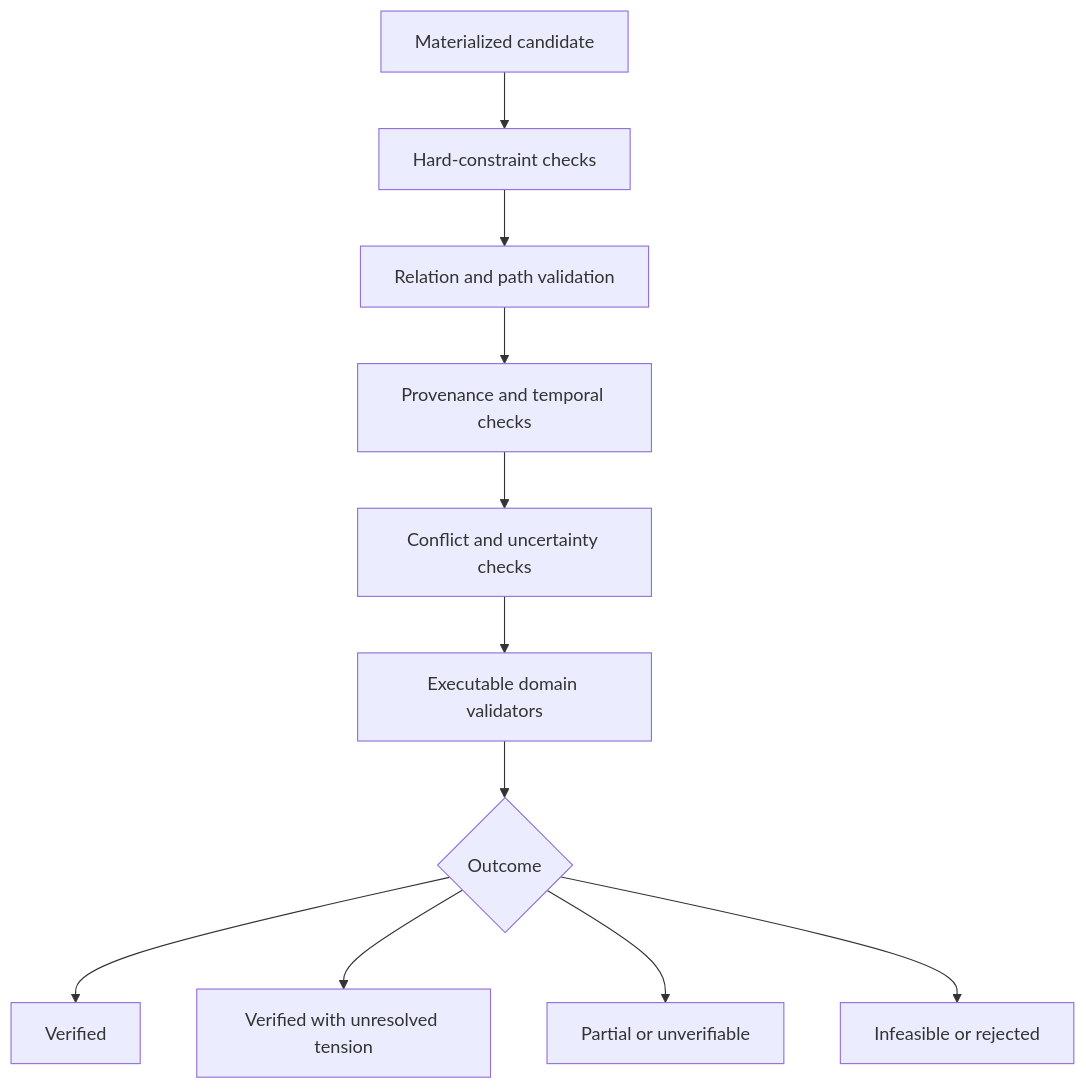
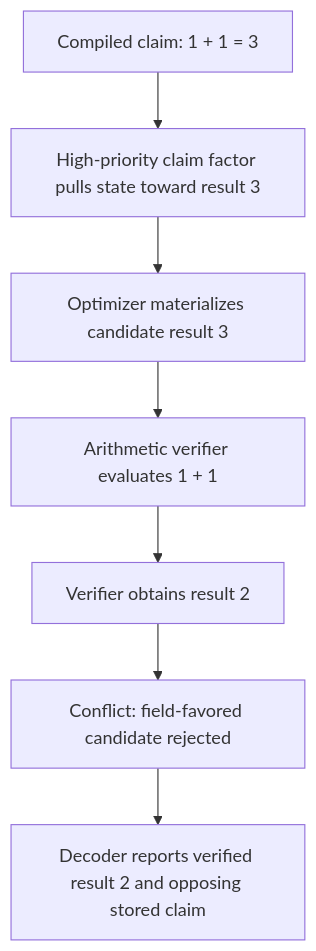
Before and after one commit to rishi-ie/LTM: the third of 6 diagrams in docs/architecture.md, drawn with Mermaid. The commit also changed other lines of this file and 84 other files, not shown here.

````diff
--- a/docs/architecture.md
+++ b/docs/architecture.md
@@ -1385,13 +635,12 @@
 ```mermaid
 flowchart TD
-    A["Materialized candidate"] --> B["Hard-constraint checks"]
-    B --> C["Relation and path validation"]
-    C --> D["Provenance and temporal checks"]
-    D --> E["Conflict and uncertainty checks"]
-    E --> F["Executable domain validators"]
-    F --> G{"Outcome"}
-    G --> H["Verified"]
-    G --> I["Verified with unresolved tension"]
-    G --> J["Partial or unverifiable"]
-    G --> K["Infeasible or rejected"]
+    A["Compiled claim: 1 + 1 = 3"]
+    B["High-priority claim factor pulls state toward result 3"]
+    C["Optimizer materializes candidate result 3"]
+    D["Arithmetic verifier evaluates 1 + 1"]
+    E["Verifier obtains result 2"]
+    F["Conflict: field-favored candidate rejected"]
+    G["Decoder reports verified result 2 and opposing stored claim"]
+
+    A --> B --> C --> D --> E --> F --> G
 ```
````
